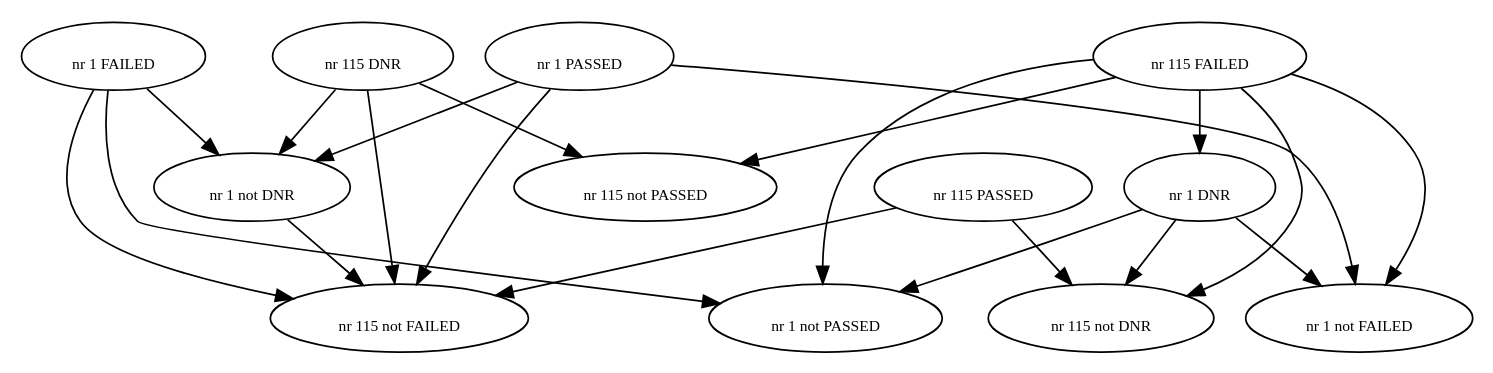
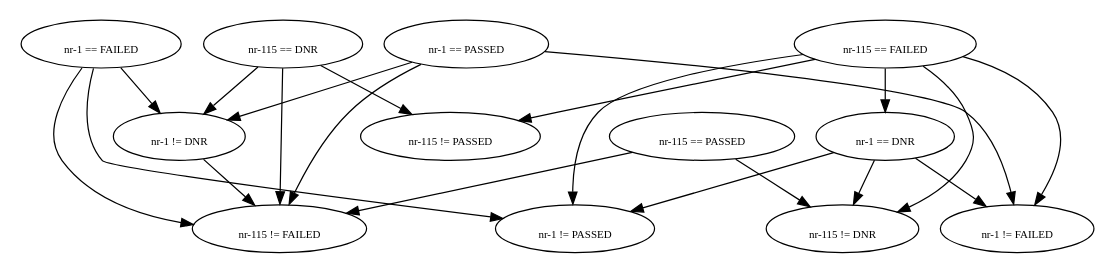
Before and after one commit to jwelch01/Partition: the diagram in examples/1.dot, drawn with Graphviz. The commit also changed 1 other file, not shown here.

```diff
--- a/examples/1.dot
+++ b/examples/1.dot
@@ -1,36 +1,37 @@
 digraph testgraph { fontsize="9" 
-size="10.3,7.7"; ratio=compress
+size="7.7,10.3"; ratio=compress
 node [fontsize="9"] 
-edge [fontsize="9"]N12 [label="\nnr 1 not DNR"]
-N11 [label="\nnr 1 DNR"]
-N10 [label="\nnr 1 not FAILED"]
-N9 [label="\nnr 1 FAILED"]
-N8 [label="\nnr 1 not PASSED"]
-N7 [label="\nnr 1 PASSED"]
-N6 [label="\nnr 115 not DNR"]
-N5 [label="\nnr 115 DNR"]
-N4 [label="\nnr 115 not FAILED"]
-N3 [label="\nnr 115 FAILED"]
-N2 [label="\nnr 115 not PASSED"]
-N1 [label="\nnr 115 PASSED"]
+edge [fontsize="9"]
+N12 [label="\nnr-1 != DNR"]
+N11 [label="\nnr-1 == DNR"]
+N10 [label="\nnr-1 != FAILED"]
+N9 [label="\nnr-1 == FAILED"]
+N8 [label="\nnr-1 != PASSED"]
+N7 [label="\nnr-1 == PASSED"]
+N6 [label="\nnr-115 != DNR"]
+N5 [label="\nnr-115 == DNR"]
+N4 [label="\nnr-115 != FAILED"]
+N3 [label="\nnr-115 == FAILED"]
+N2 [label="\nnr-115 != PASSED"]
+N1 [label="\nnr-115 == PASSED"]
 N12 -> N4 
 N11 -> N10 
 N11 -> N8 
 N11 -> N6 
 N9 -> N12 
 N9 -> N8 
 N9 -> N4 
 N7 -> N12 
 N7 -> N10 
 N7 -> N4 
 N5 -> N12 
 N5 -> N4 
 N5 -> N2 
 N3 -> N11 
 N3 -> N10 
 N3 -> N8 
 N3 -> N6 
 N3 -> N2 
 N1 -> N6 
 N1 -> N4 
 }
```
